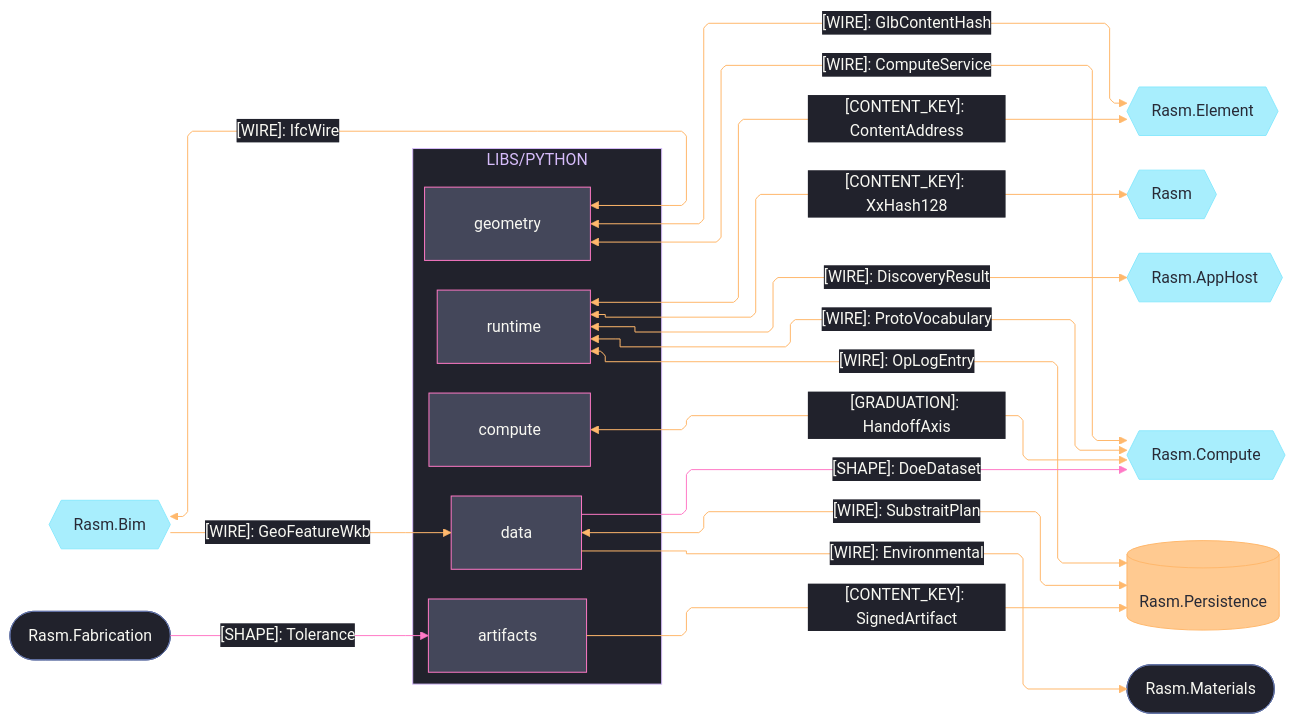
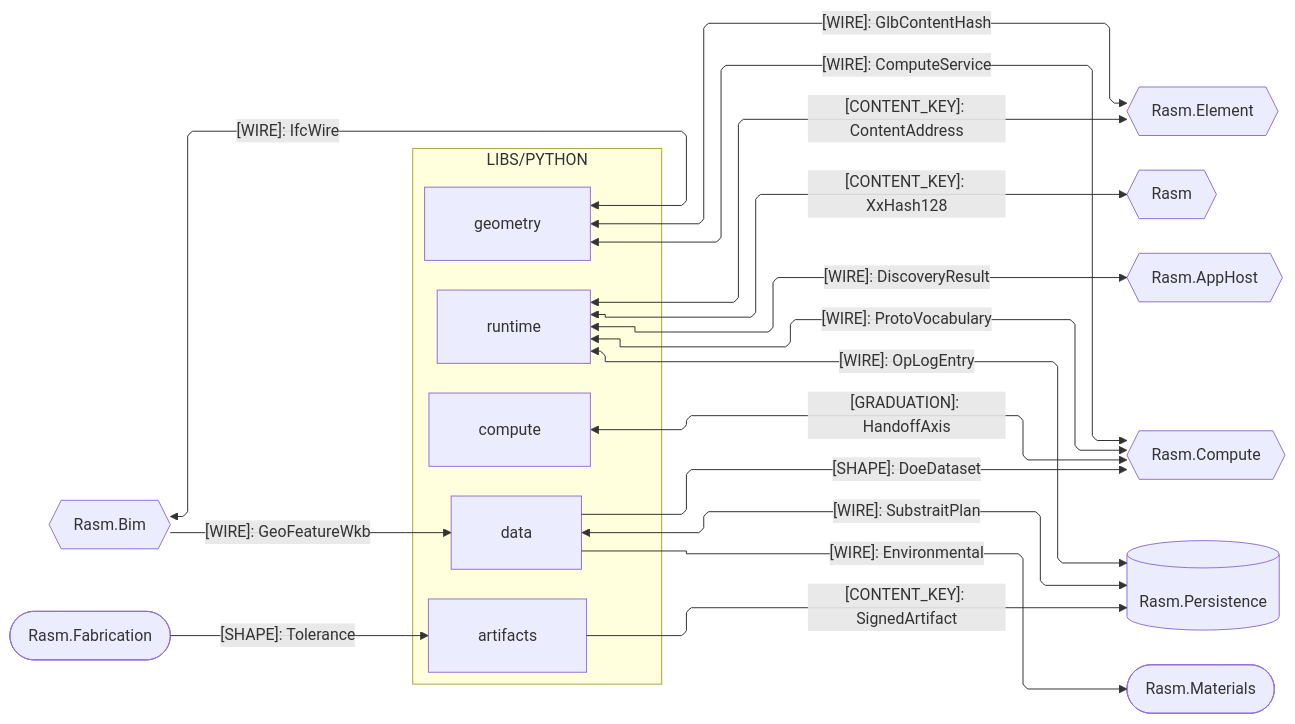
Before and after one commit to bsamiee/Rasm: the second of 2 diagrams in libs/python/.planning/ARCHITECTURE.md, drawn with Mermaid. The commit also changed other lines of this file and 460 other files, not shown here.

````diff
--- a/libs/python/.planning/ARCHITECTURE.md
+++ b/libs/python/.planning/ARCHITECTURE.md
@@ -104,73 +75,42 @@
 ```mermaid
 ---
 config:
-  theme: base
-  look: classic
   layout: elk
   flowchart:
     curve: linear
     padding: 25
-  themeVariables:
-    darkMode: true
-    fontFamily: "SF Mono, Menlo, Cascadia Mono, Segoe UI Mono, Consolas, monospace"
-    useGradient: false
-    dropShadow: "none"
-    background: "#282A36"
-    primaryColor: "#44475A"
-    primaryTextColor: "#F8F8F2"
-    primaryBorderColor: "#BD93F9"
-    lineColor: "#FF79C6"
-    textColor: "#F8F8F2"
-    clusterBkg: "#21222C"
-    clusterBorder: "#D6BCFA"
-    edgeLabelBackground: "#21222C"
-    labelBackgroundColor: "#21222C"
-    titleColor: "#D6BCFA"
-  themeCSS: ".nodeLabel{font-size:13px;font-weight:500}.edgeLabel{font-size:12px;font-weight:500}.cluster-label .nodeLabel{font-size:13.5px;font-weight:700;letter-spacing:.08em}.edge-thickness-normal{stroke-width:2px}.edge-thickness-thick{stroke-width:3px}.edge-pattern-dashed,.edge-pattern-dotted{stroke-width:1.5px;stroke-dasharray:4 6}.node rect,.node circle,.node polygon,.node path,.node .outer-path{stroke-width:1.5px;filter:none!important}.cluster rect{stroke-width:1px!important;stroke-dasharray:5 4!important;filter:none!important}.marker path{transform:scale(.8);transform-origin:5px 5px}.marker circle{transform:scale(.48);transform-origin:5px 5px}.edgeLabel rect{transform-box:fill-box;transform-origin:center;transform:scale(1.1,1.2)}"
 ---
 flowchart LR
     accTitle: Python branch C# seam registry
-    accDescr: Python packages exchanging kinded contract shapes with their C# counterparts — data-bearing kinds on the orange rail, shape contracts on the pink rail — persistence as the one data store, bidirectional peers as hexagons, one-way sources and sinks as stadiums.
+    accDescr: Python packages exchanging kinded contract shapes with their C# counterparts — every edge labeled kind plus shape — persistence as the one data store, bidirectional peers as hexagons, one-way sources and sinks as stadiums.
     subgraph python[LIBS/PYTHON]
         Geometry[geometry]
         Runtime[runtime]
         Compute[compute]
         Data[data]
         Artifacts[artifacts]
     end
     Bim{{Rasm.Bim}}
     Element{{Rasm.Element}}
     Rasm{{Rasm}}
     AppHost{{Rasm.AppHost}}
     RasmCompute{{Rasm.Compute}}
     Persistence[(Rasm.Persistence)]
     Materials([Rasm.Materials])
     Fabrication([Rasm.Fabrication])
     Geometry e12@<-->|"[WIRE]: IfcWire"| Bim
     Geometry e13@<-->|"[WIRE]: GlbContentHash"| Element
     Geometry e11@<-->|"[WIRE]: ComputeService"| RasmCompute
     Runtime e5@<-->|"[CONTENT_KEY]: ContentAddress"| Element
     Runtime e1@<-->|"[CONTENT_KEY]: XxHash128"| Rasm
     Runtime e2@<-->|"[WIRE]: DiscoveryResult"| AppHost
     Runtime e4@<-->|"[WIRE]: ProtoVocabulary"| RasmCompute
     Runtime e3@<-->|"[WIRE]: OpLogEntry"| Persistence
     Compute e10@<-->|"[GRADUATION]: HandoffAxis"| RasmCompute
     Data e7@-->|"[SHAPE]: DoeDataset"| RasmCompute
     Data e6@<-->|"[WIRE]: SubstraitPlan"| Persistence
     Data e8@-->|"[WIRE]: Environmental"| Materials
     Bim e9@-->|"[WIRE]: GeoFeatureWkb"| Data
     Artifacts e14@-->|"[CONTENT_KEY]: SignedArtifact"| Persistence
     Fabrication e15@-->|"[SHAPE]: Tolerance"| Artifacts
-    classDef primary fill:#44475A,stroke:#FF79C6,color:#F8F8F2
-    classDef external fill:#8BE9FDBF,stroke:#8BE9FD,color:#282A36
-    classDef data fill:#FFB86CBF,stroke:#FFB86C,color:#282A36
-    classDef recessed fill:#21222C,stroke:#6272A4,color:#F8F8F2
-    classDef edgeData stroke:#FFB86C,color:#F8F8F2
-    classDef edgeControl stroke:#FF79C6,color:#F8F8F2
-    class Runtime,Data,Compute,Geometry,Artifacts primary
-    class Rasm,AppHost,RasmCompute,Element,Bim external
-    class Persistence data
-    class Materials,Fabrication recessed
-    class e1,e2,e3,e4,e5,e6,e8,e9,e10,e11,e12,e13,e14 edgeData
-    class e7,e15 edgeControl
 ```
````
